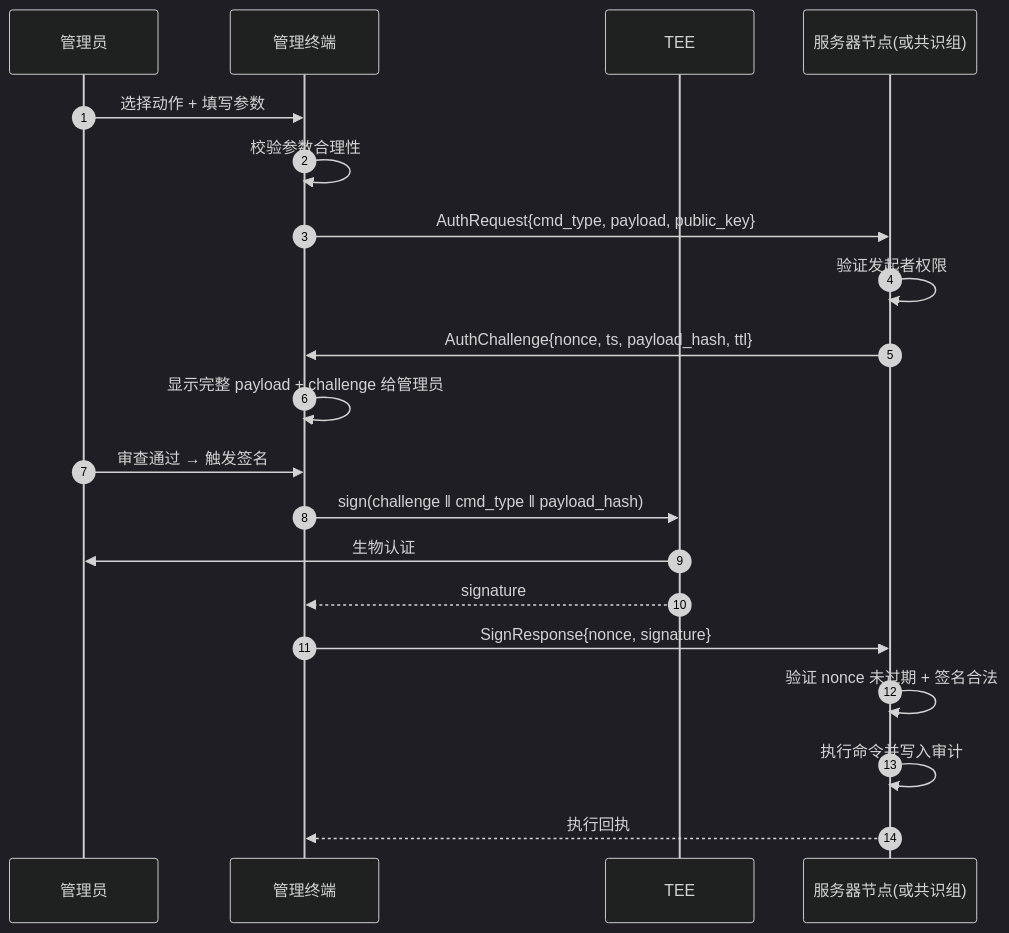
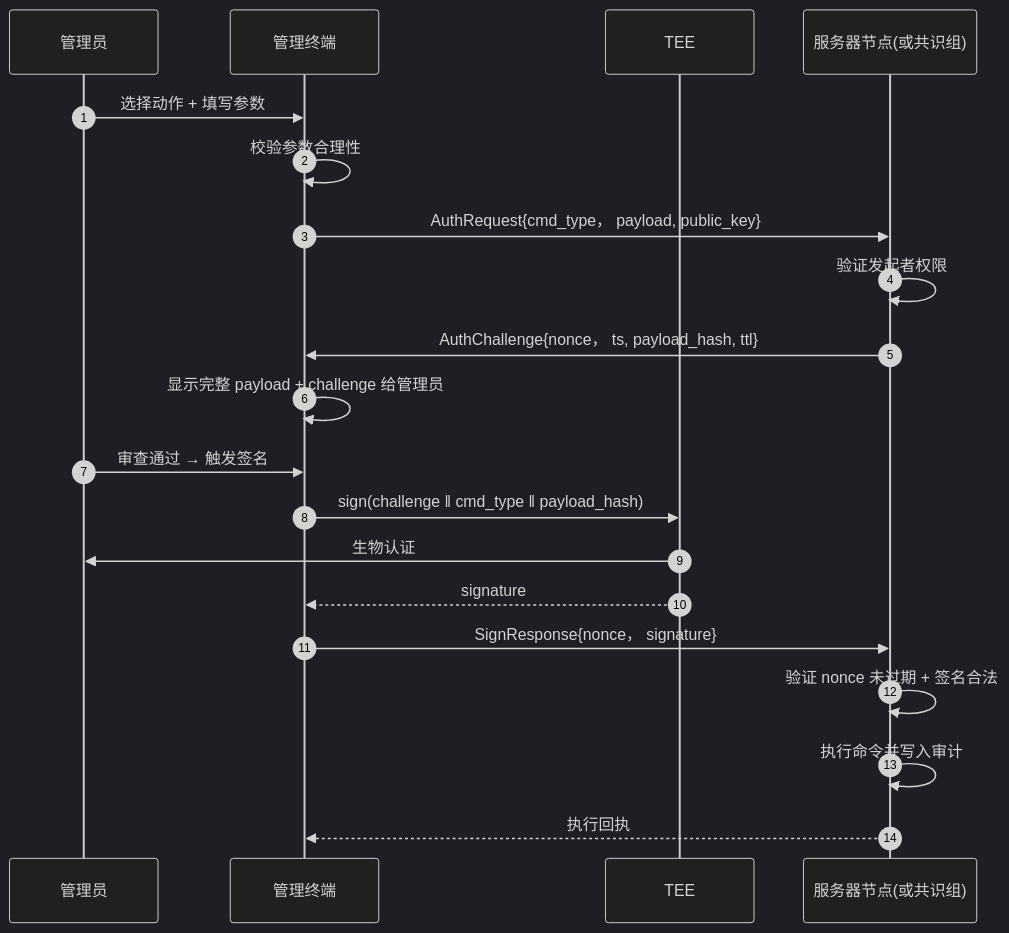
The fifth of 5 diagrams in pages/components/manager/identity.md (JLUCraft/docs), drawn with Mermaid (dark theme) before and after one commit. The commit also changed other lines of this file and 23 other files, not shown here.

````diff
--- a/pages/components/manager/identity.md
+++ b/pages/components/manager/identity.md
@@ -124,23 +124,23 @@
 ```mermaid
 sequenceDiagram
     autonumber
     participant Op as 管理员
     participant App as 管理终端
     participant TEE
     participant Srv as 服务器节点(或共识组)
 
     Op->>App: 选择动作 + 填写参数
     App->>App: 校验参数合理性
-    App->>Srv: AuthRequest{cmd_type, payload, public_key}
+    App->>Srv: AuthRequest{cmd_type， payload, public_key}
     Srv->>Srv: 验证发起者权限
-    Srv->>App: AuthChallenge{nonce, ts, payload_hash, ttl}
+    Srv->>App: AuthChallenge{nonce， ts, payload_hash, ttl}
     App->>App: 显示完整 payload + challenge 给管理员
     Op->>App: 审查通过 → 触发签名
     App->>TEE: sign(challenge ‖ cmd_type ‖ payload_hash)
     TEE->>Op: 生物认证
     TEE-->>App: signature
-    App->>Srv: SignResponse{nonce, signature}
+    App->>Srv: SignResponse{nonce， signature}
     Srv->>Srv: 验证 nonce 未过期 + 签名合法
     Srv->>Srv: 执行命令并写入审计
     Srv-->>App: 执行回执
 ```
````
